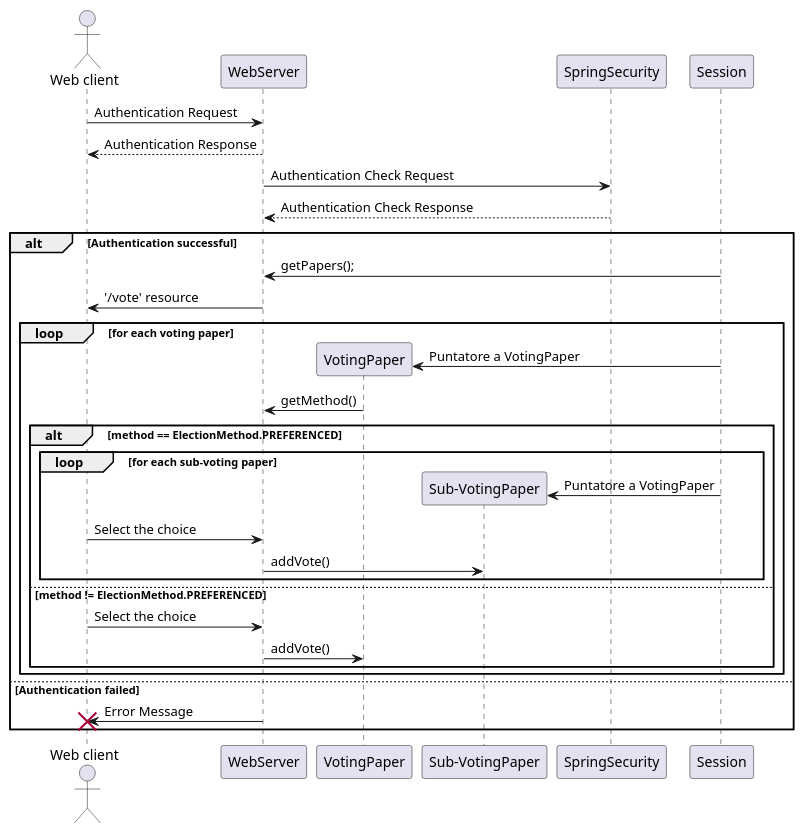
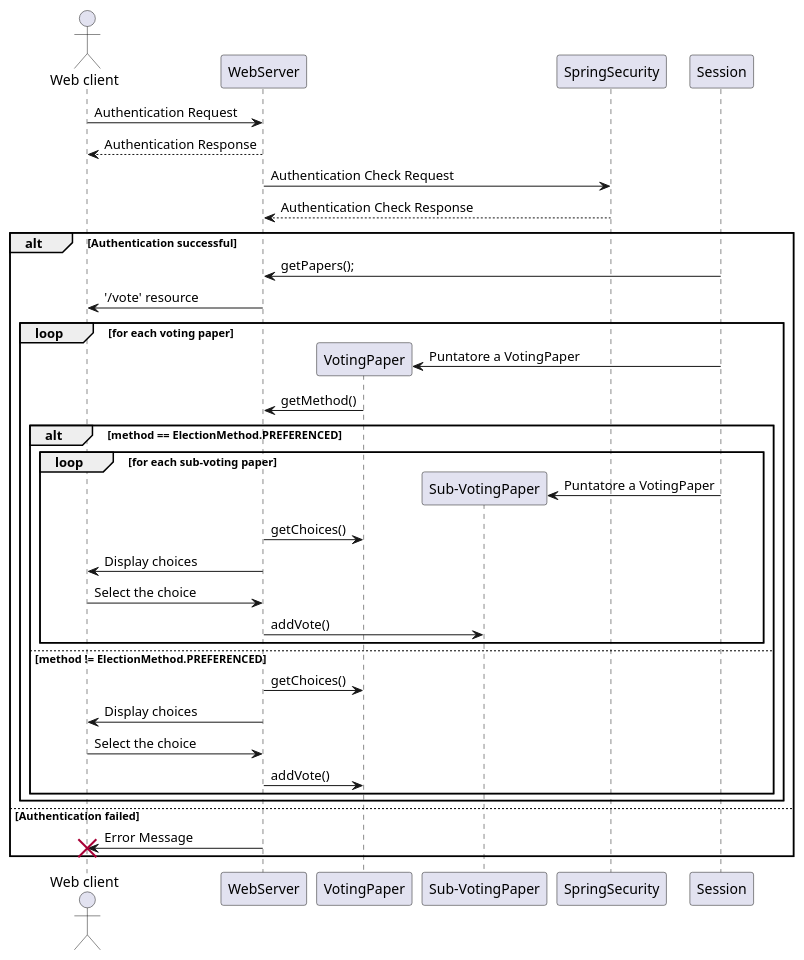
The diagram in UML/seqVota.puml (sgorblex-unimi/SVeSE_docs), drawn with PlantUML before and after one commit. The commit also changed 7 other files, not shown here.

```diff
--- a/UML/seqVota.puml
+++ b/UML/seqVota.puml
@@ -1,37 +1,41 @@
 @startuml
 actor "Web client" as WC
 participant WebServer as WS
 participant VotingPaper as VP
 participant "Sub-VotingPaper" as SVP
 participant SpringSecurity as SS
 participant Session as S
 
 WC -> WS : Authentication Request
 WC <-- WS : Authentication Response
 WS -> SS : Authentication Check Request
 WS <-- SS : Authentication Check Response
 
 alt Authentication successful
     WS <- S : getPapers();
     WS -> WC : '/vote' resource
     loop for each voting paper
         S -> VP ** : Puntatore a VotingPaper
         WS <- VP : getMethod()
         alt method == ElectionMethod.PREFERENCED
             loop for each sub-voting paper
             S -> SVP ** : Puntatore a VotingPaper
+	    VP <- WS : getChoices()
+	    WS -> WC : Display choices
             WC -> WS : Select the choice
             WS -> SVP : addVote()
             deactivate SVP
             end
         else method != ElectionMethod.PREFERENCED
+	    VP <- WS : getChoices()
+	    WS -> WC : Display choices
             WC -> WS : Select the choice
             WS -> VP : addVote()
         deactivate VP
     end
     end
 else Authentication failed
    WS -> WC !! : Error Message
 end
 
 @enduml
```
